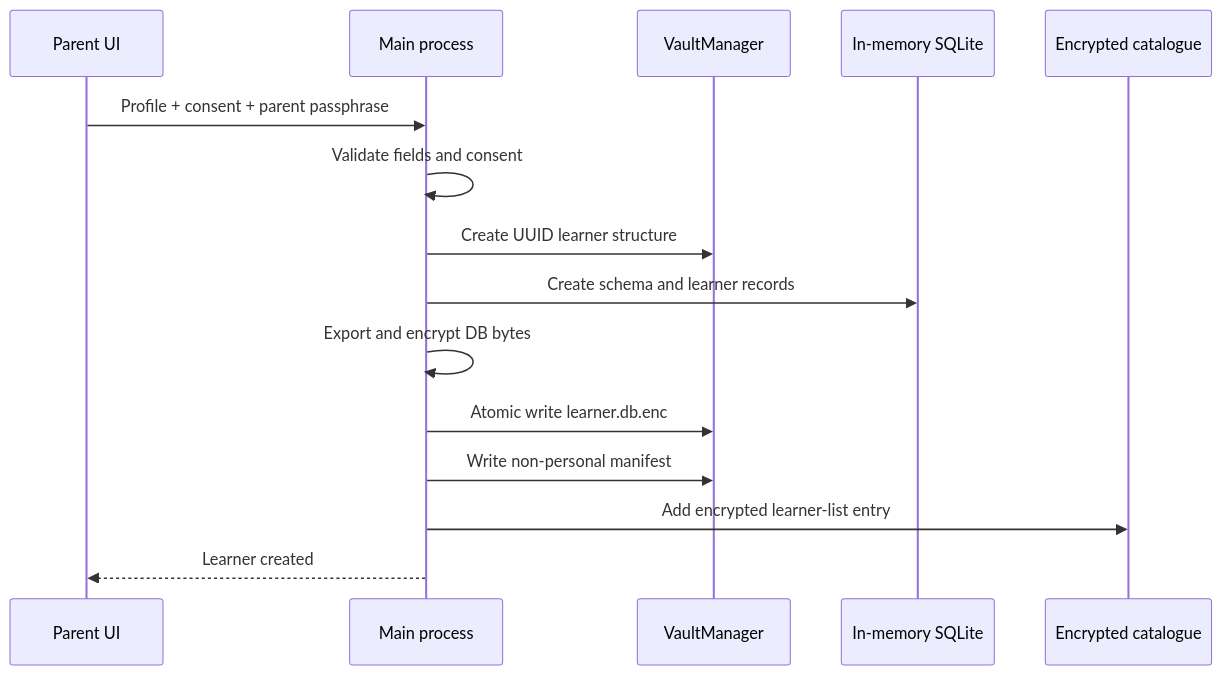
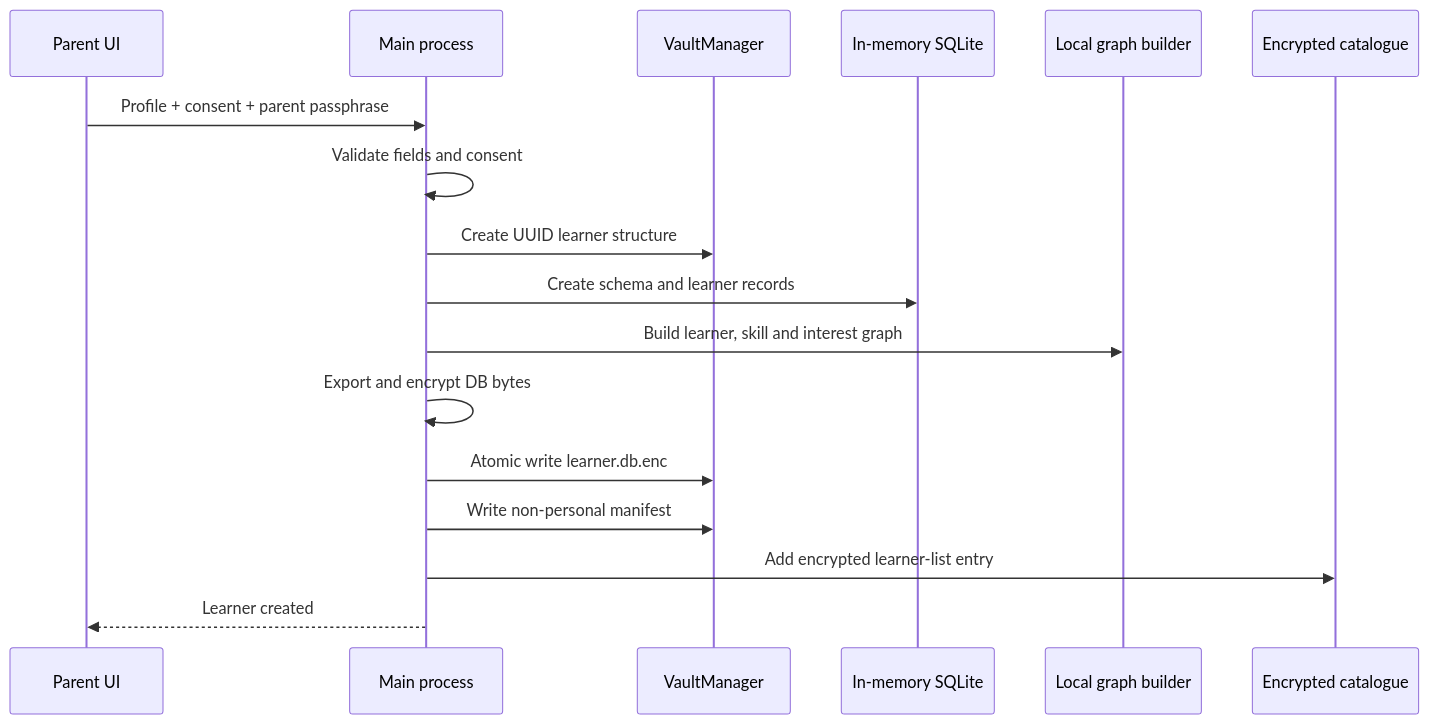
One commit to inbharatai/mindcarry changed the second of 2 diagrams in docs/architecture.md. Above: the diagram before and after it, drawn with Mermaid. The commit also changed other lines of this file and 17 other files, not shown here.

First line of the commit message:
feat: add local Learner Memory Inbox and graph

````diff
--- a/docs/architecture.md
+++ b/docs/architecture.md
@@ -125,18 +182,20 @@
 ```mermaid
 sequenceDiagram
     participant P as Parent UI
     participant M as Main process
     participant V as VaultManager
     participant DB as In-memory SQLite
+    participant G as Local graph builder
     participant C as Encrypted catalogue
 
     P->>M: Profile + consent + parent passphrase
     M->>M: Validate fields and consent
     M->>V: Create UUID learner structure
     M->>DB: Create schema and learner records
+    M->>G: Build learner, skill and interest graph
     M->>M: Export and encrypt DB bytes
     M->>V: Atomic write learner.db.enc
     M->>V: Write non-personal manifest
     M->>C: Add encrypted learner-list entry
     M-->>P: Learner created
 ```
````
